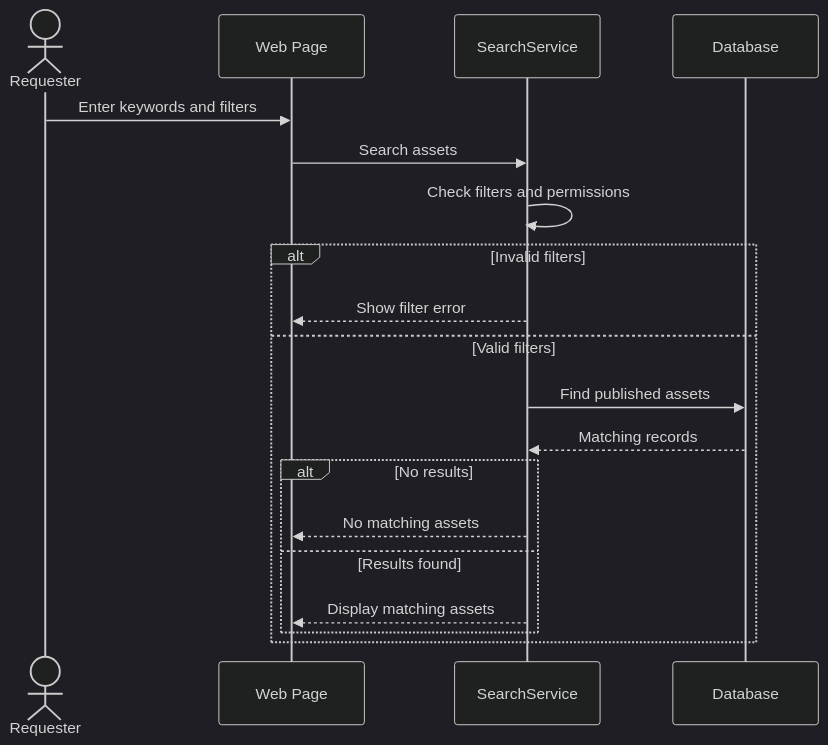
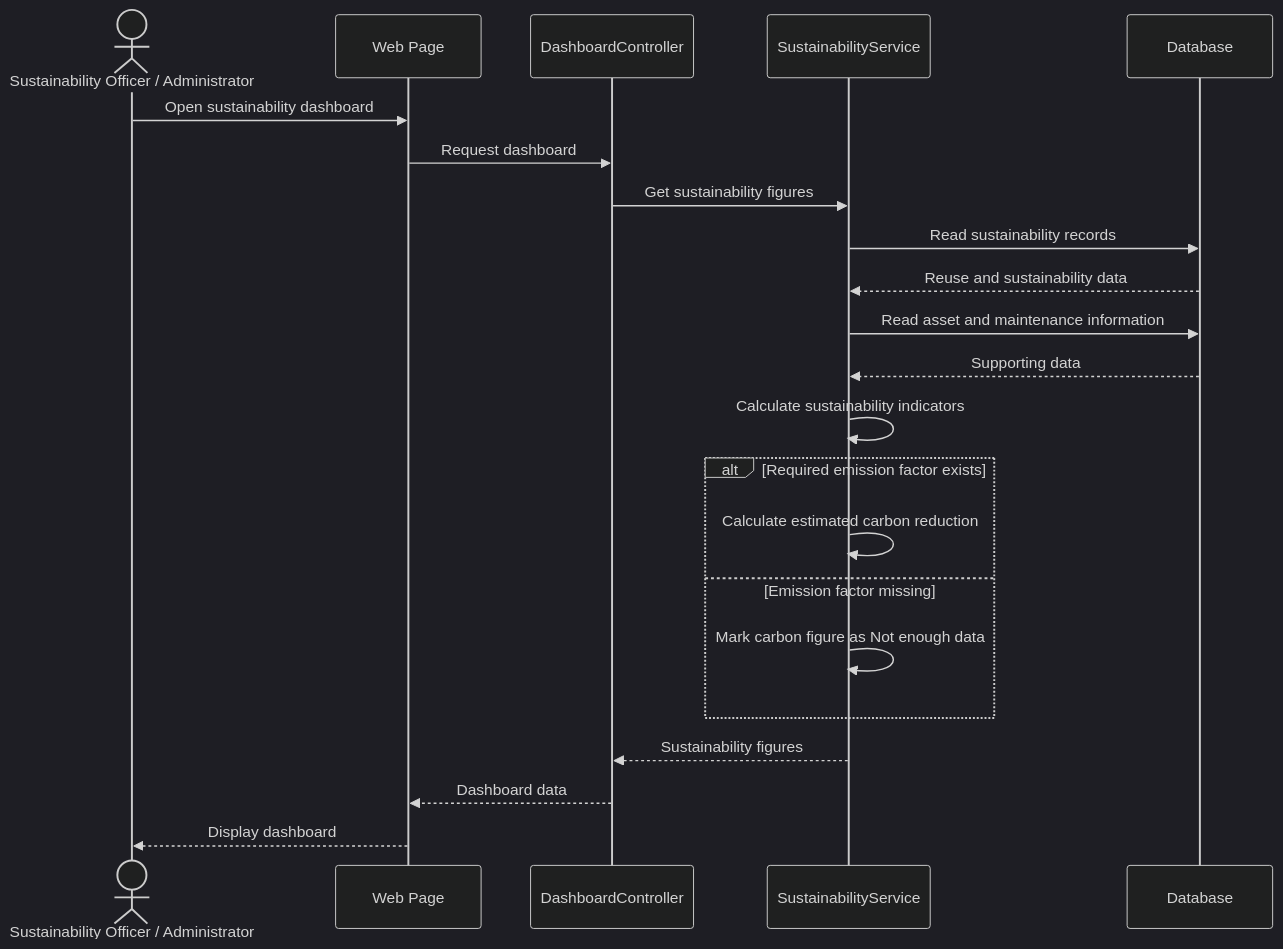
Before and after one commit to Abdulla66541/COSC336-GROUP5: the sixth of 10 diagrams in phase 4-5/01_part1_assets_marketplace_requests.md, drawn with Mermaid (dark theme). The commit also changed other lines of this file, not shown here.

````diff
--- a/phase 4-5/01_part1_assets_marketplace_requests.md
+++ b/phase 4-5/01_part1_assets_marketplace_requests.md
@@ -277,24 +331,27 @@
 ```mermaid
 sequenceDiagram
-    actor RQ as Requester
+    actor U as Sustainability Officer / Administrator
     participant UI as Web Page
-    participant S as SearchService
+    participant DC as DashboardController
+    participant SS as SustainabilityService
     participant DB as Database
 
-    RQ->>UI: Enter keywords and filters
-    UI->>S: Search assets
-    S->>S: Check filters and permissions
+    U->>UI: Open sustainability dashboard
+    UI->>DC: Request dashboard
+    DC->>SS: Get sustainability figures
+    SS->>DB: Read sustainability records
+    DB-->>SS: Reuse and sustainability data
+    SS->>DB: Read asset and maintenance information
+    DB-->>SS: Supporting data
+    SS->>SS: Calculate sustainability indicators
 
-    alt Invalid filters
-        S-->>UI: Show filter error
-    else Valid filters
-        S->>DB: Find published assets
-        DB-->>S: Matching records
+    alt Required emission factor exists
+        SS->>SS: Calculate estimated carbon reduction
+    else Emission factor missing
+        SS->>SS: Mark carbon figure as Not enough data
+    end
 
-        alt No results
-            S-->>UI: No matching assets
-        else Results found
-            S-->>UI: Display matching assets
-        end
-    end
+    SS-->>DC: Sustainability figures
+    DC-->>UI: Dashboard data
+    UI-->>U: Display dashboard
 ```
````
